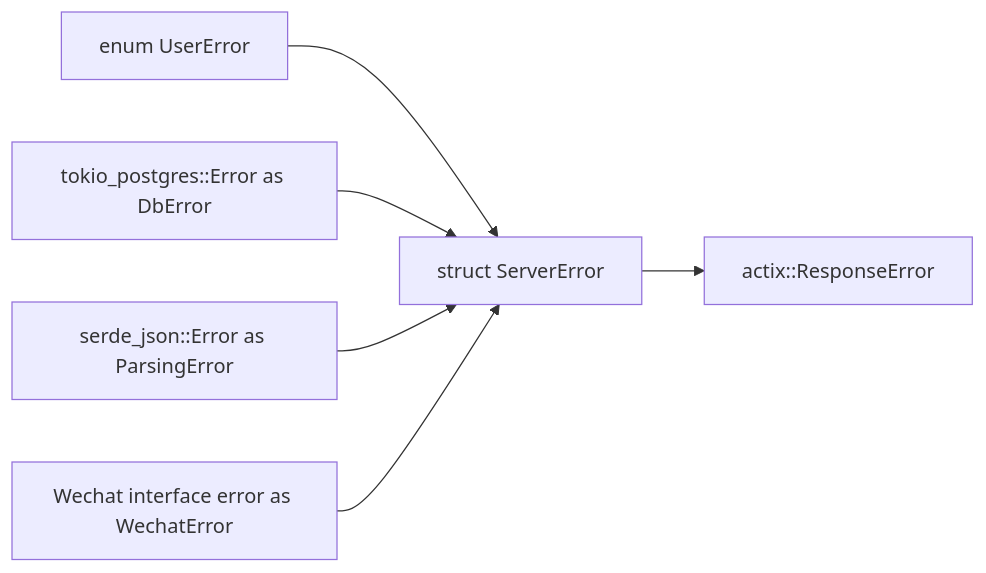
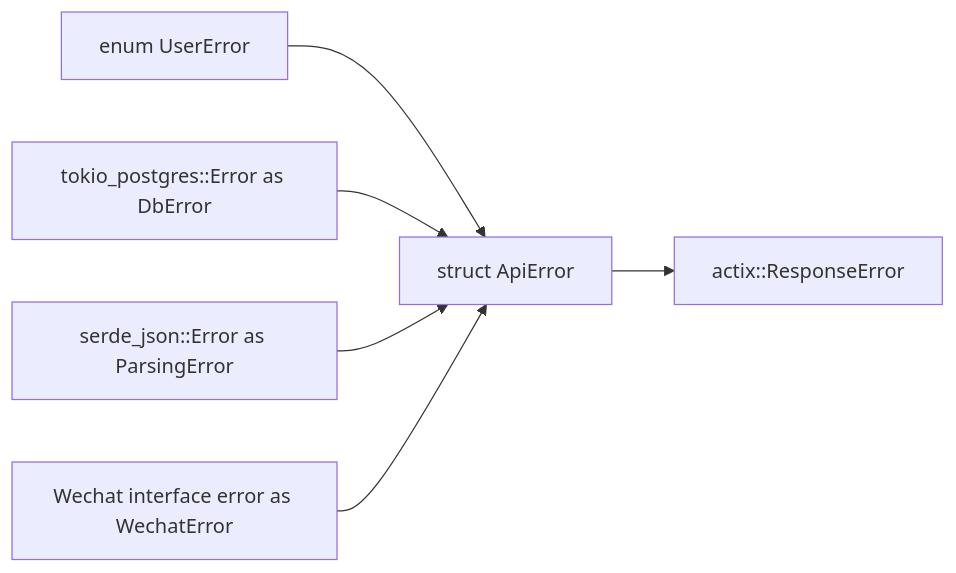
Before and after one commit to SIT-kite/kite-server: the diagram in docs/错误处理.md, drawn with Mermaid. The commit also changed other lines of this file and 18 other files, not shown here.

````diff
--- a/docs/错误处理.md
+++ b/docs/错误处理.md
@@ -5,9 +5,9 @@
 ```mermaid
 graph LR
-A[enum UserError] --> B[struct ServerError]
+A[enum UserError] --> B[struct ApiError]
 B --> C[actix::ResponseError]
 E[tokio_postgres::Error as DbError] --> B
 F[serde_json::Error as ParsingError] --> B
 G[Wechat interface error as WechatError] --> B
 
 ```
````
